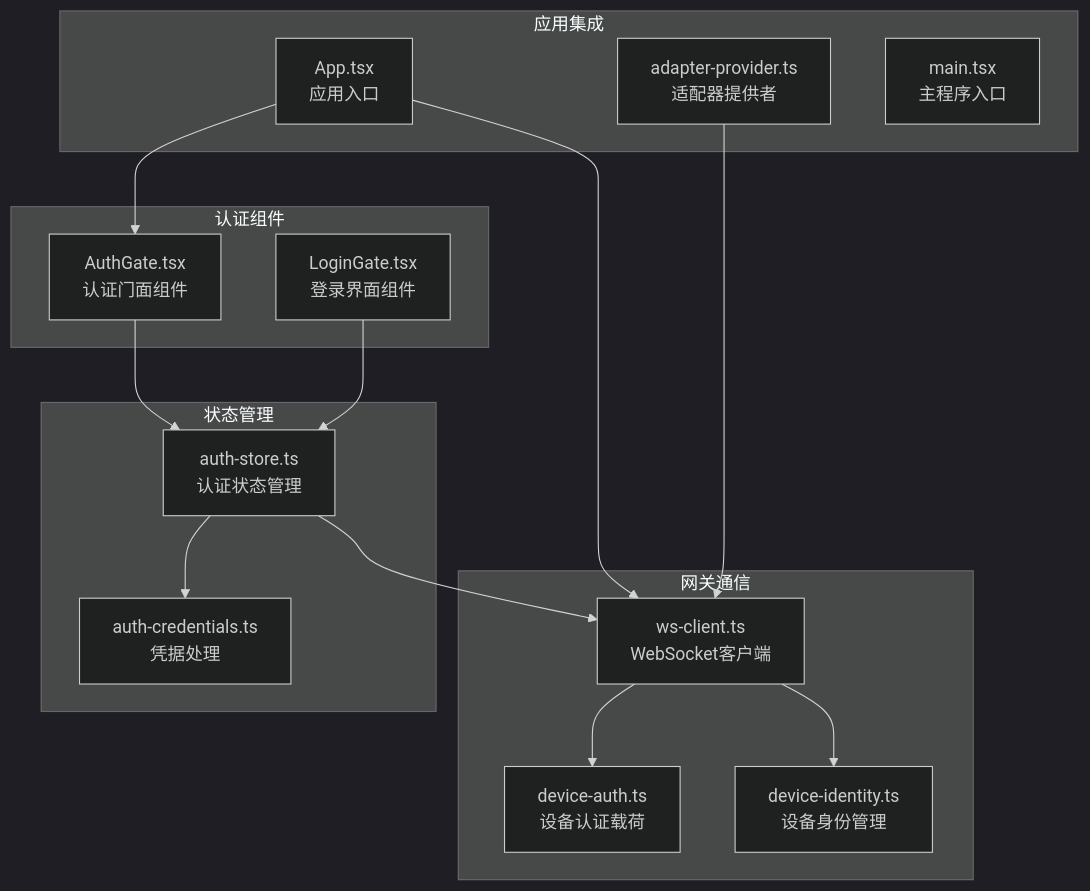
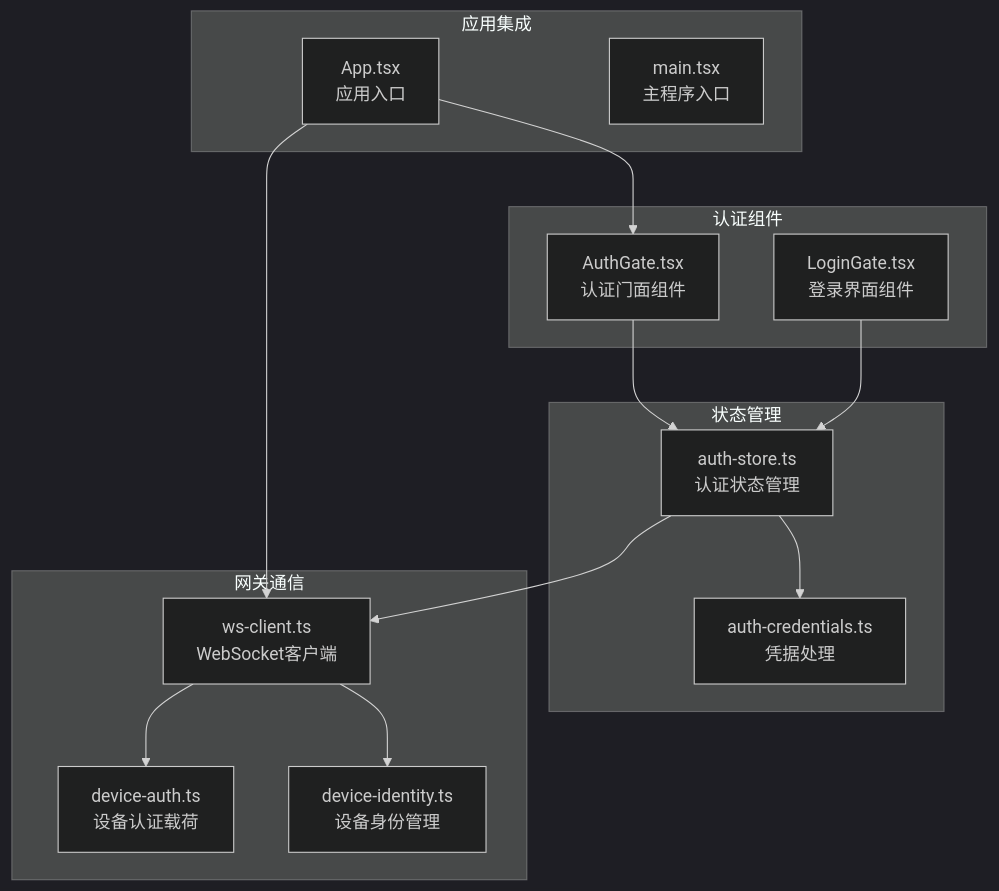
Before and after one commit to WW-AI-Lab/openclaw-office: the first of 8 diagrams in .qoder/repowiki/zh/content/架构设计/认证系统.md, drawn with Mermaid (dark theme). The commit also changed other lines of this file and 15 other files, not shown here.

````diff
--- a/.qoder/repowiki/zh/content/架构设计/认证系统.md
+++ b/.qoder/repowiki/zh/content/架构设计/认证系统.md
@@ -46,30 +46,28 @@
 ```mermaid
 graph TB
 subgraph "认证组件"
 AuthGate[AuthGate.tsx<br/>认证门面组件]
 LoginGate[LoginGate.tsx<br/>登录界面组件]
 end
 subgraph "状态管理"
 AuthStore[auth-store.ts<br/>认证状态管理]
 Credentials[auth-credentials.ts<br/>凭据处理]
 end
 subgraph "网关通信"
 WSClient[ws-client.ts<br/>WebSocket客户端]
 DeviceAuth[device-auth.ts<br/>设备认证载荷]
 DeviceIdentity[device-identity.ts<br/>设备身份管理]
 end
 subgraph "应用集成"
 App[App.tsx<br/>应用入口]
-Adapter[adapter-provider.ts<br/>适配器提供者]
 Main[main.tsx<br/>主程序入口]
 end
 AuthGate --> AuthStore
 LoginGate --> AuthStore
 AuthStore --> Credentials
 AuthStore --> WSClient
 WSClient --> DeviceAuth
 WSClient --> DeviceIdentity
 App --> AuthGate
 App --> WSClient
-Adapter --> WSClient
 ```
````
